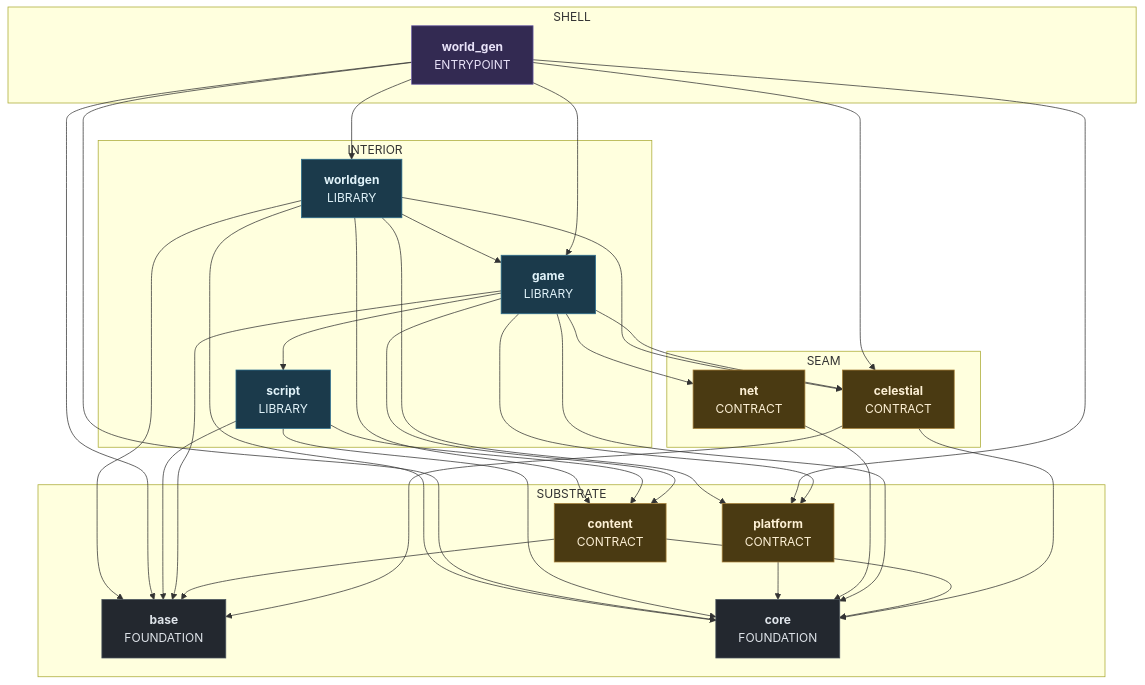
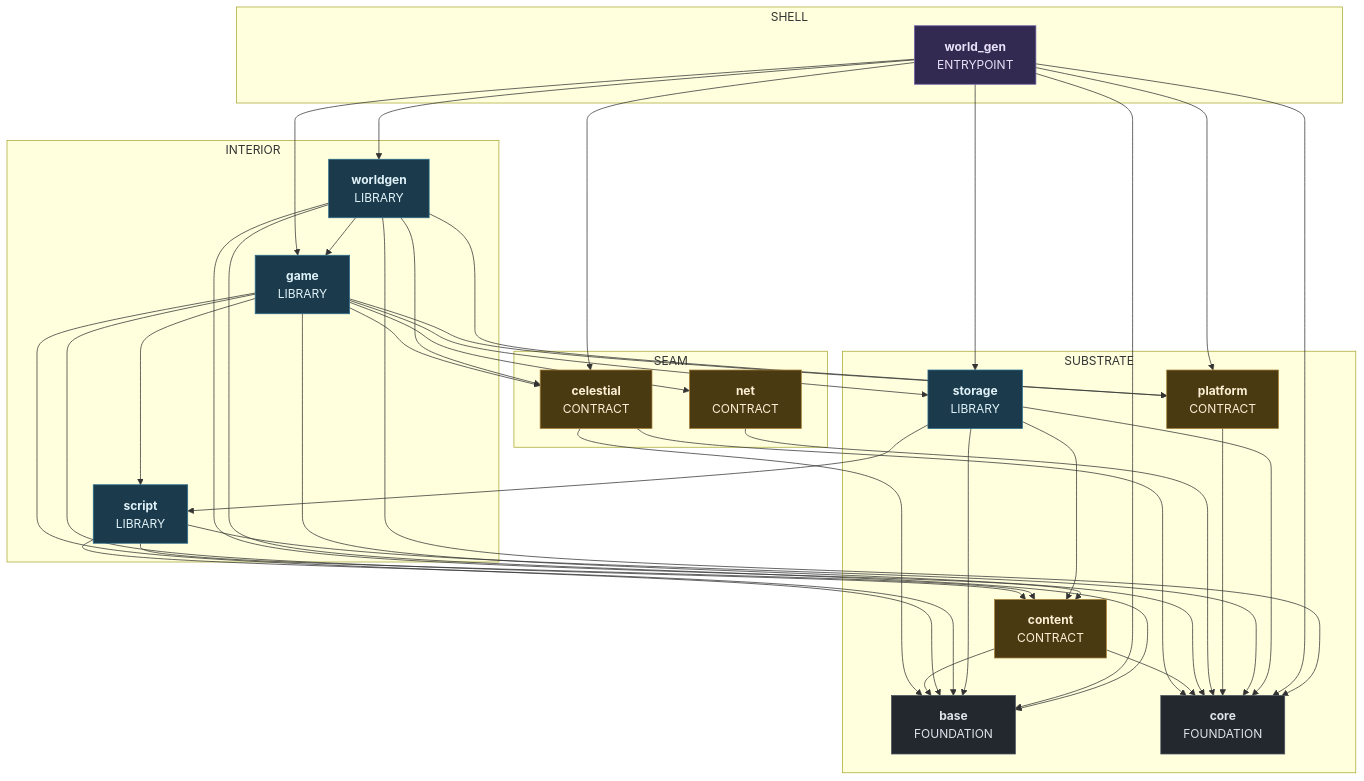
Before and after one commit to apnex/OpenStarbound: the seventh of 10 diagrams in docs/superpowers/specs/2026-08-01-sovereign-headless-client-design.md, drawn with Mermaid. The commit also changed other lines of this file and 3 other files, not shown here.

````diff
--- a/docs/superpowers/specs/2026-08-01-sovereign-headless-client-design.md
+++ b/docs/superpowers/specs/2026-08-01-sovereign-headless-client-design.md
@@ -2238,60 +2281,67 @@
 ```mermaid
 %% composition: world_gen
 flowchart TD
   subgraph Z_SUBSTRATE ["SUBSTRATE"]
     base["<b>base</b><br/>FOUNDATION"]
     content["<b>content</b><br/>CONTRACT"]
     core["<b>core</b><br/>FOUNDATION"]
     platform["<b>platform</b><br/>CONTRACT"]
+    storage["<b>storage</b><br/>LIBRARY"]
   end
   subgraph Z_SEAM ["SEAM"]
     celestial["<b>celestial</b><br/>CONTRACT"]
     net["<b>net</b><br/>CONTRACT"]
   end
   subgraph Z_INTERIOR ["INTERIOR"]
     game["<b>game</b><br/>LIBRARY"]
     script["<b>script</b><br/>LIBRARY"]
     worldgen["<b>worldgen</b><br/>LIBRARY"]
   end
   subgraph Z_SHELL ["SHELL"]
     world_gen["<b>world_gen</b><br/>ENTRYPOINT"]
   end
   celestial --> base
   celestial --> core
   content --> base
   content --> core
   game --> base
   game --> celestial
   game --> content
   game --> core
   game --> net
   game --> platform
   game --> script
+  game --> storage
   net --> core
   platform --> core
   script --> base
   script --> content
   script --> core
+  storage --> base
+  storage --> content
+  storage --> core
+  storage --> script
   world_gen --> base
   world_gen --> celestial
   world_gen --> core
   world_gen --> game
   world_gen --> platform
+  world_gen --> storage
   world_gen --> worldgen
   worldgen --> base
   worldgen --> celestial
   worldgen --> content
   worldgen --> core
   worldgen --> game
   worldgen --> platform
   classDef kFoundation fill:#23282f,stroke:#4a545e,color:#dfe4ea
   classDef kContract fill:#4a3a12,stroke:#a8813a,color:#fdf0d5
   classDef kBackend fill:#5c2020,stroke:#aa3333,color:#ffe5e5
   classDef kLibrary fill:#1b3a4b,stroke:#2c6e8f,color:#e0f2f9
   classDef kEntrypoint fill:#332a52,stroke:#6d5fa8,color:#e8e2f8
   classDef kElement fill:#1c1f25,stroke:#6b7482,color:#c2c9d4,stroke-dasharray:4 3
   class base,core kFoundation
   class celestial,content,net,platform kContract
-  class game,script,worldgen kLibrary
+  class game,script,storage,worldgen kLibrary
   class world_gen kEntrypoint
 ```
````
